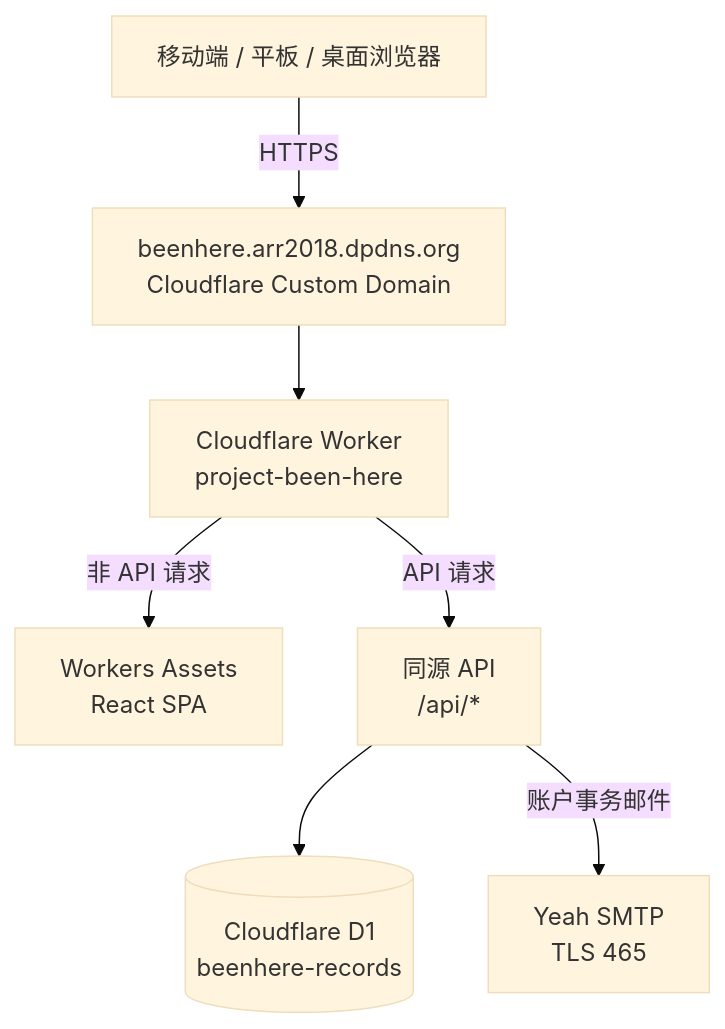
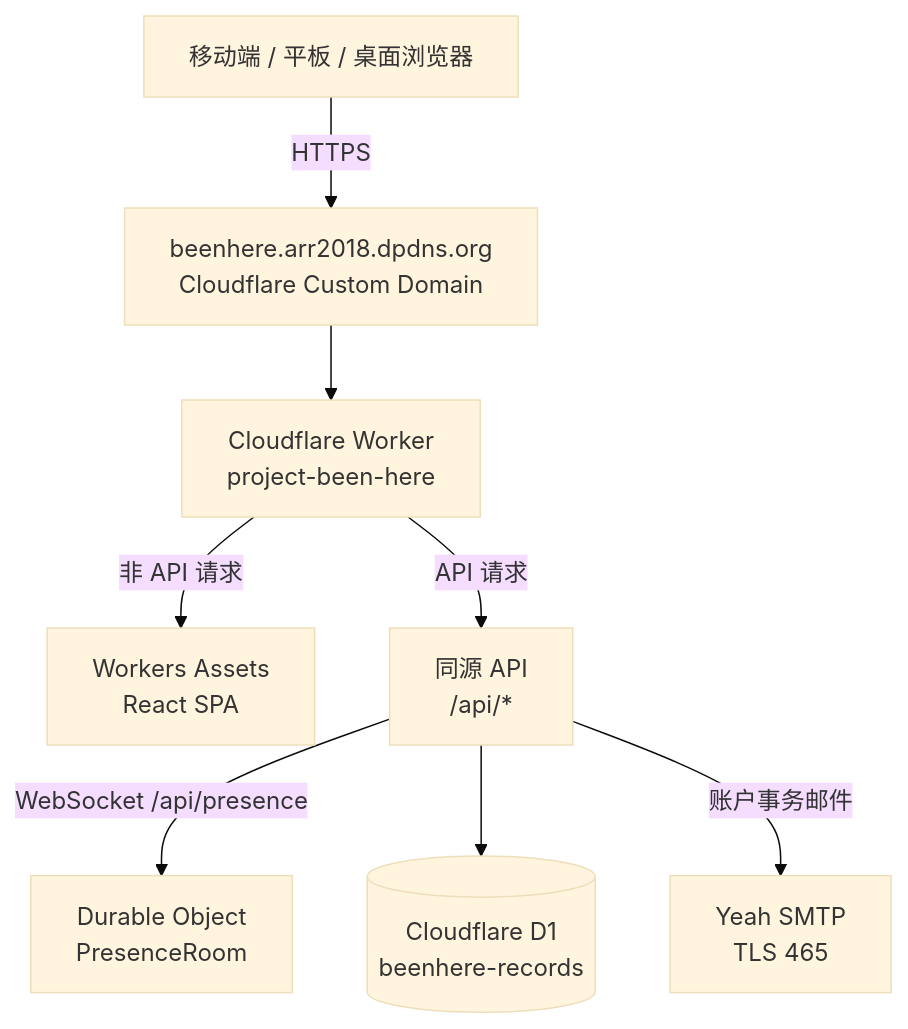
The first of 3 diagrams in docs/ARCHITECTURE.md (PlutoKeating/Project.BeenHere), drawn with Mermaid (base theme) before and after one commit. The commit also changed other lines of this file and 21 other files, not shown here.

````diff
--- a/docs/ARCHITECTURE.md
+++ b/docs/ARCHITECTURE.md
@@ -7,16 +7,18 @@
 ```mermaid
 flowchart TD
   Browser[移动端 / 平板 / 桌面浏览器]
   Domain[beenhere.arr2018.dpdns.org\nCloudflare Custom Domain]
   Worker[Cloudflare Worker\nproject-been-here]
   Assets[Workers Assets\nReact SPA]
   API[同源 API\n/api/*]
+  Presence[Durable Object\nPresenceRoom]
   D1[(Cloudflare D1\nbeenhere-records)]
   SMTP[Yeah SMTP\nTLS 465]
 
   Browser -->|HTTPS| Domain --> Worker
   Worker -->|非 API 请求| Assets
   Worker -->|API 请求| API
+  API -->|WebSocket /api/presence| Presence
   API --> D1
   API -->|账户事务邮件| SMTP
 ```
````
